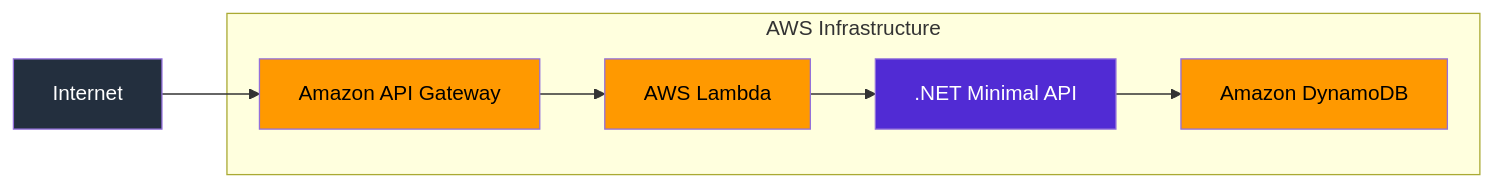
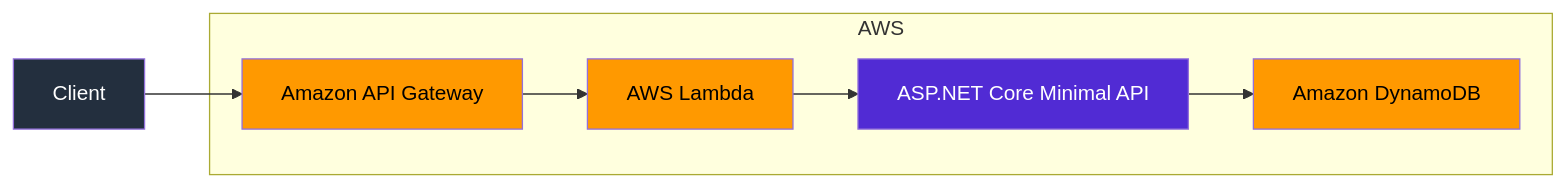
Before and after one commit to ghanavat/dotnet-aws-starter-kit: the diagram in content/DotNetAws.StarterKit/README.md, drawn with Mermaid. The commit also changed other lines of this file and 2 other files, not shown here.

````diff
--- a/content/DotNetAws.StarterKit/README.md
+++ b/content/DotNetAws.StarterKit/README.md
@@ -30,15 +157,16 @@
 ```mermaid
 flowchart LR
-    A[Internet] --> B[Amazon API Gateway]
-    subgraph AWS Infrastructure
-        B --> C[AWS Lambda]
-        C --> D[.NET Minimal API]
-        D --> E[Amazon DynamoDB]
+    Client[Client] --> Gateway[Amazon API Gateway]
+
+    subgraph AWS
+        Gateway --> Lambda[AWS Lambda]
+        Lambda --> Api[ASP.NET Core Minimal API]
+        Api --> DynamoDB[Amazon DynamoDB]
     end
 
-    style A fill:#232F3E,color:#FFFFFF
-    style B fill:#FF9900,color:#000000
-    style C fill:#FF9900,color:#000000
-    style D fill:#512BD4,color:#FFFFFF
-    style E fill:#FF9900,color:#000000
+    style Client fill:#232F3E,color:#FFFFFF
+    style Gateway fill:#FF9900,color:#000000
+    style Lambda fill:#FF9900,color:#000000
+    style Api fill:#512BD4,color:#FFFFFF
+    style DynamoDB fill:#FF9900,color:#000000
 ```
````
